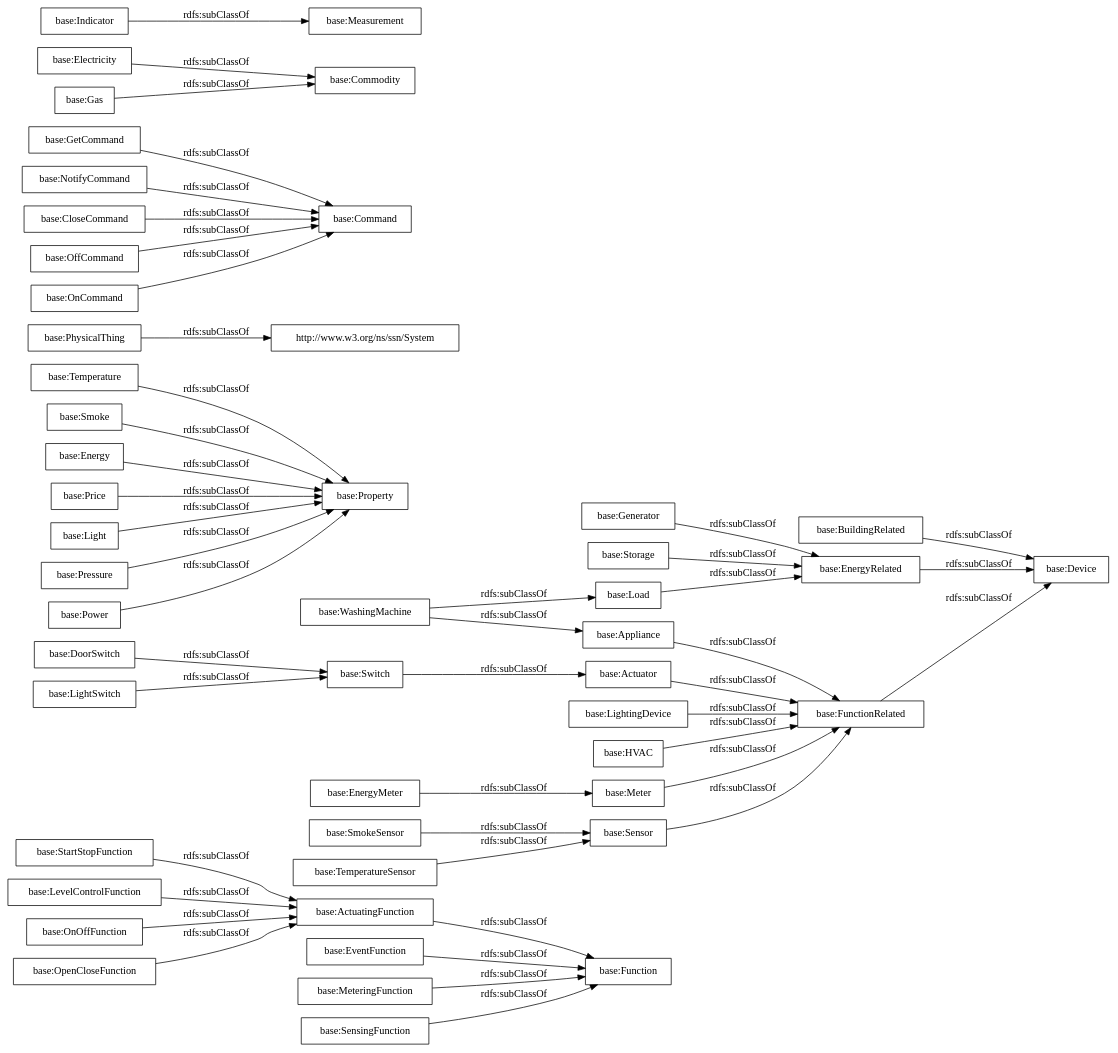
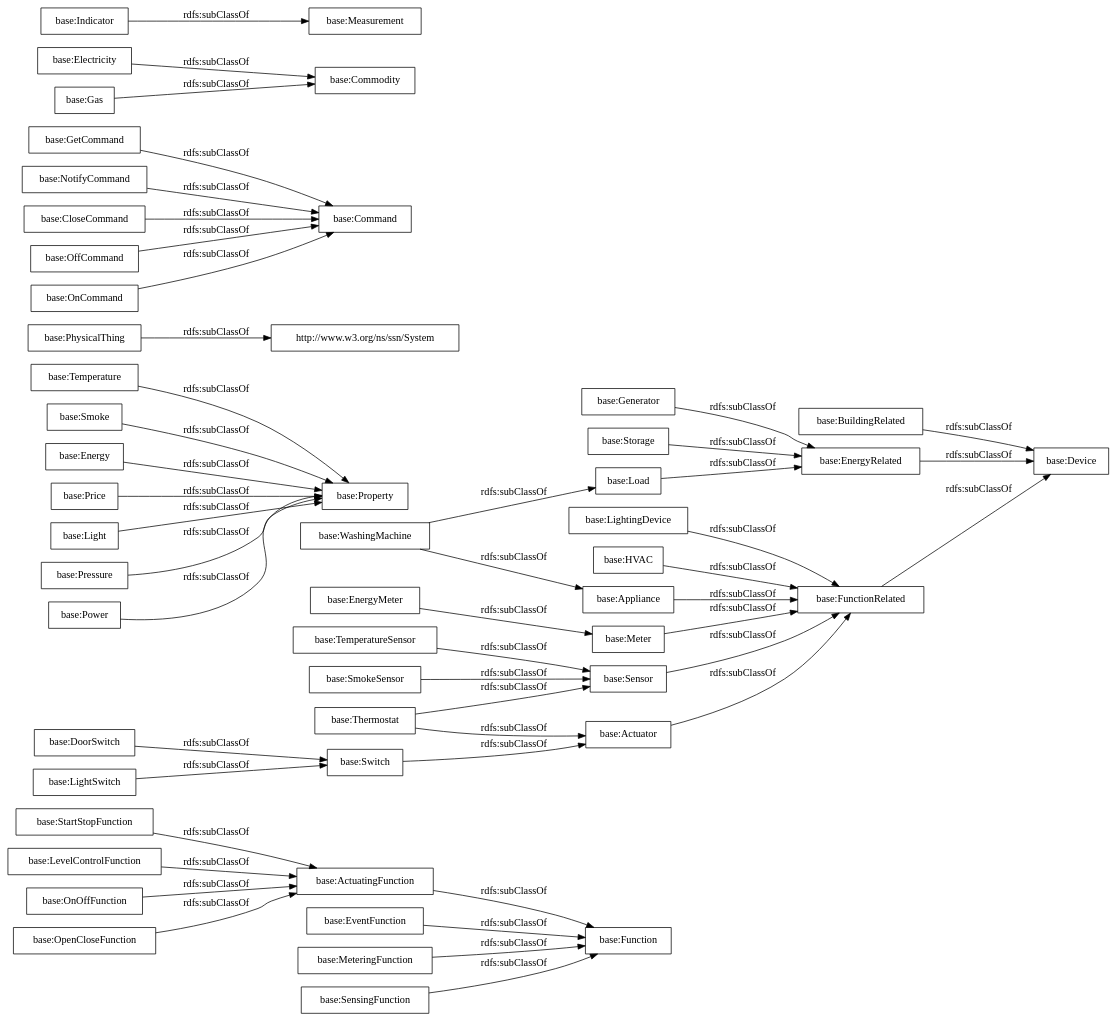
One commit to albaizq/ThemisEvaluation changed the diagram in OnToology/ontology.ttl/diagrams/ar2dtool-taxonomy/ontology.ttl.png.dot. Above: the diagram before and after it, drawn with Graphviz. The commit also changed 12 other files, not shown here.

```diff
--- a/OnToology/ontology.ttl/diagrams/ar2dtool-taxonomy/ontology.ttl.png.dot
+++ b/OnToology/ontology.ttl/diagrams/ar2dtool-taxonomy/ontology.ttl.png.dot
@@ -1,50 +1,52 @@
 digraph ar2dtool_diagram { 
 rankdir=LR;
 size="1000"
-node [shape = rectangle, color="black"]; "base:StartStopFunction" "base:BuildingRelated" "base:Temperature" "base:Smoke" "base:PhysicalThing" "base:Function" "base:Energy" "base:EventFunction" "base:DoorSwitch" "base:LevelControlFunction" "base:Switch" "base:GetCommand" "base:Actuator" "base:Electricity" "base:Appliance" "base:ActuatingFunction" "base:OnOffFunction" "base:LightSwitch" "base:Generator" "base:EnergyMeter" "base:Commodity" "base:EnergyRelated" "base:NotifyCommand" "base:SmokeSensor" "base:Storage" "base:Price" "base:Gas" "base:LightingDevice" "base:Device" "base:TemperatureSensor" "base:HVAC" "base:CloseCommand" "base:Meter" "base:OffCommand" "base:Indicator" "base:WashingMachine" "base:Property" "base:MeteringFunction" "base:Command" "base:FunctionRelated" "base:Light" "http://www.w3.org/ns/ssn/System" "base:OpenCloseFunction" "base:Pressure" "base:Sensor" "base:OnCommand" "base:Measurement" "base:Load" "base:Power" "base:SensingFunction" ; /*classes style*/
+node [shape = rectangle, color="black"]; "base:StartStopFunction" "base:BuildingRelated" "base:Temperature" "base:Smoke" "base:PhysicalThing" "base:Function" "base:Energy" "base:EventFunction" "base:DoorSwitch" "base:Thermostat" "base:LevelControlFunction" "base:Switch" "base:GetCommand" "base:Actuator" "base:Electricity" "base:Appliance" "base:ActuatingFunction" "base:OnOffFunction" "base:LightSwitch" "base:Generator" "base:EnergyMeter" "base:Commodity" "base:EnergyRelated" "base:NotifyCommand" "base:SmokeSensor" "base:Storage" "base:Price" "base:Gas" "base:LightingDevice" "base:Device" "base:TemperatureSensor" "base:HVAC" "base:CloseCommand" "base:Meter" "base:OffCommand" "base:Indicator" "base:WashingMachine" "base:Property" "base:MeteringFunction" "base:Command" "base:FunctionRelated" "base:Light" "http://www.w3.org/ns/ssn/System" "base:OpenCloseFunction" "base:Pressure" "base:Sensor" "base:OnCommand" "base:Measurement" "base:Load" "base:Power" "base:SensingFunction" ; /*classes style*/
 	"base:OnOffFunction" -> "base:ActuatingFunction" [ label = "rdfs:subClassOf" ];
 	"base:Light" -> "base:Property" [ label = "rdfs:subClassOf" ];
 	"base:Electricity" -> "base:Commodity" [ label = "rdfs:subClassOf" ];
 	"base:SensingFunction" -> "base:Function" [ label = "rdfs:subClassOf" ];
 	"base:StartStopFunction" -> "base:ActuatingFunction" [ label = "rdfs:subClassOf" ];
 	"base:Storage" -> "base:EnergyRelated" [ label = "rdfs:subClassOf" ];
 	"base:ActuatingFunction" -> "base:Function" [ label = "rdfs:subClassOf" ];
 	"base:OnCommand" -> "base:Command" [ label = "rdfs:subClassOf" ];
 	"base:Actuator" -> "base:FunctionRelated" [ label = "rdfs:subClassOf" ];
 	"base:TemperatureSensor" -> "base:Sensor" [ label = "rdfs:subClassOf" ];
+	"base:Thermostat" -> "base:Sensor" [ label = "rdfs:subClassOf" ];
+	"base:Thermostat" -> "base:Actuator" [ label = "rdfs:subClassOf" ];
 	"base:Sensor" -> "base:FunctionRelated" [ label = "rdfs:subClassOf" ];
 	"base:SmokeSensor" -> "base:Sensor" [ label = "rdfs:subClassOf" ];
 	"base:Generator" -> "base:EnergyRelated" [ label = "rdfs:subClassOf" ];
 	"base:Pressure" -> "base:Property" [ label = "rdfs:subClassOf" ];
 	"base:DoorSwitch" -> "base:Switch" [ label = "rdfs:subClassOf" ];
 	"base:Appliance" -> "base:FunctionRelated" [ label = "rdfs:subClassOf" ];
 	"base:EnergyRelated" -> "base:Device" [ label = "rdfs:subClassOf" ];
 	"base:FunctionRelated" -> "base:Device" [ label = "rdfs:subClassOf" ];
 	"base:EnergyMeter" -> "base:Meter" [ label = "rdfs:subClassOf" ];
 	"base:GetCommand" -> "base:Command" [ label = "rdfs:subClassOf" ];
 	"base:BuildingRelated" -> "base:Device" [ label = "rdfs:subClassOf" ];
 	"base:LightSwitch" -> "base:Switch" [ label = "rdfs:subClassOf" ];
 	"base:Meter" -> "base:FunctionRelated" [ label = "rdfs:subClassOf" ];
 	"base:Energy" -> "base:Property" [ label = "rdfs:subClassOf" ];
 	"base:Load" -> "base:EnergyRelated" [ label = "rdfs:subClassOf" ];
 	"base:LightingDevice" -> "base:FunctionRelated" [ label = "rdfs:subClassOf" ];
 	"base:Power" -> "base:Property" [ label = "rdfs:subClassOf" ];
 	"base:Indicator" -> "base:Measurement" [ label = "rdfs:subClassOf" ];
 	"base:Smoke" -> "base:Property" [ label = "rdfs:subClassOf" ];
 	"base:LevelControlFunction" -> "base:ActuatingFunction" [ label = "rdfs:subClassOf" ];
 	"base:NotifyCommand" -> "base:Command" [ label = "rdfs:subClassOf" ];
 	"base:Temperature" -> "base:Property" [ label = "rdfs:subClassOf" ];
 	"base:EventFunction" -> "base:Function" [ label = "rdfs:subClassOf" ];
 	"base:Gas" -> "base:Commodity" [ label = "rdfs:subClassOf" ];
 	"base:WashingMachine" -> "base:Load" [ label = "rdfs:subClassOf" ];
 	"base:WashingMachine" -> "base:Appliance" [ label = "rdfs:subClassOf" ];
 	"base:MeteringFunction" -> "base:Function" [ label = "rdfs:subClassOf" ];
 	"base:Switch" -> "base:Actuator" [ label = "rdfs:subClassOf" ];
 	"base:OffCommand" -> "base:Command" [ label = "rdfs:subClassOf" ];
 	"base:HVAC" -> "base:FunctionRelated" [ label = "rdfs:subClassOf" ];
 	"base:Price" -> "base:Property" [ label = "rdfs:subClassOf" ];
 	"base:PhysicalThing" -> "http://www.w3.org/ns/ssn/System" [ label = "rdfs:subClassOf" ];
 	"base:CloseCommand" -> "base:Command" [ label = "rdfs:subClassOf" ];
 	"base:OpenCloseFunction" -> "base:ActuatingFunction" [ label = "rdfs:subClassOf" ];
 
 }
```
